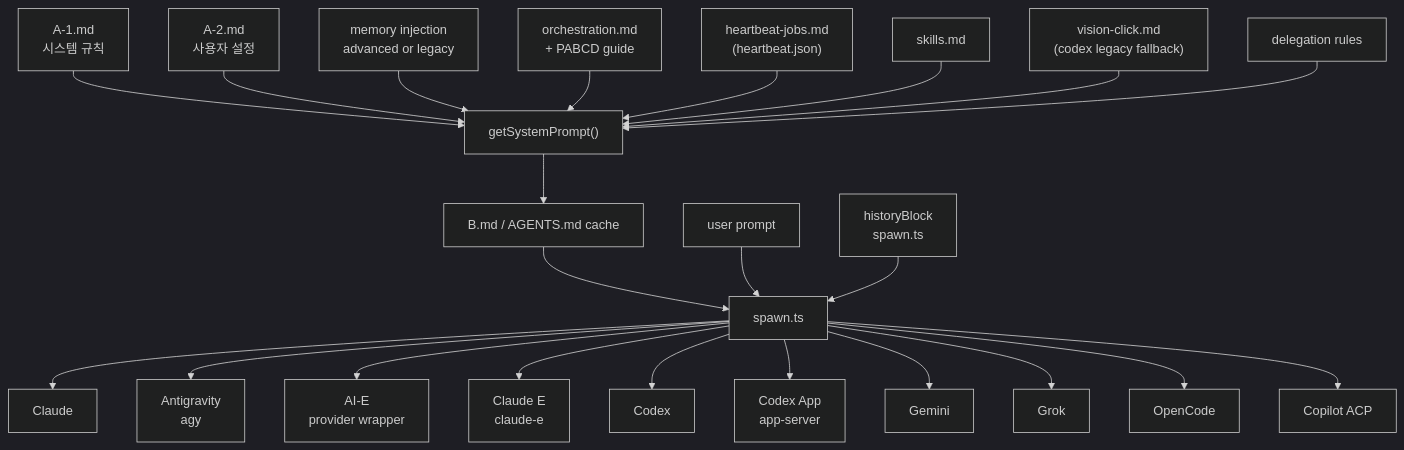
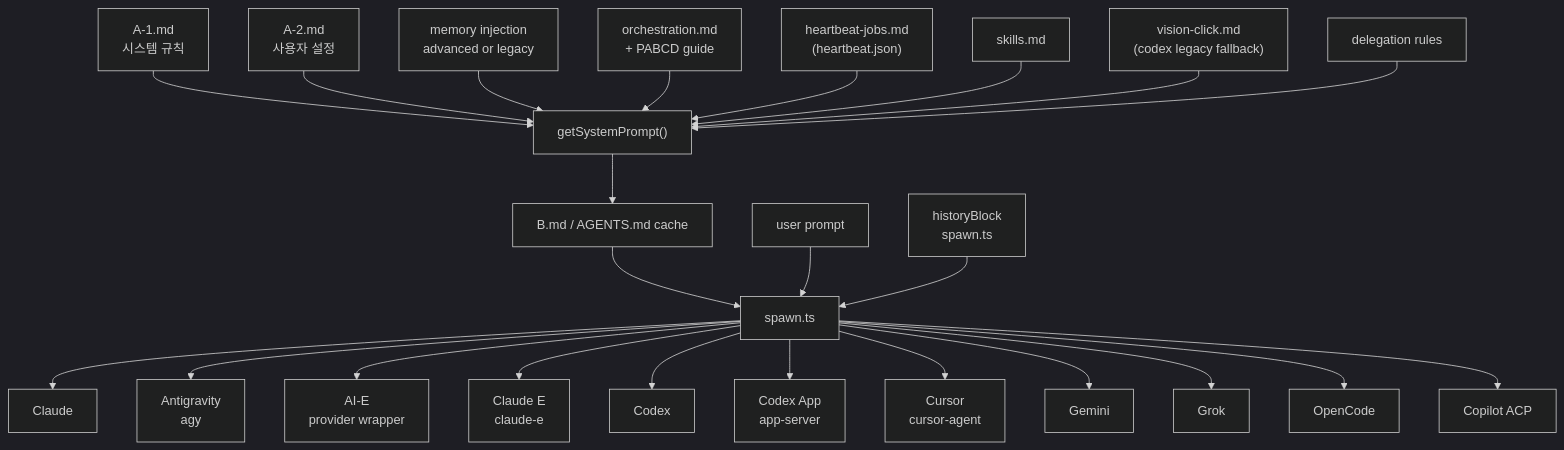
The diagram in structure/prompt_flow.md (HSKIMRobert/cli-jaw), drawn with Mermaid (dark theme) before and after one commit. The commit also changed other lines of this file and 22 other files, not shown here.

````diff
--- a/structure/prompt_flow.md
+++ b/structure/prompt_flow.md
@@ -17,25 +17,26 @@
 ```mermaid
 graph TD
     A1["A-1.md<br/>시스템 규칙"] --> SYS["getSystemPrompt()"]
     A2["A-2.md<br/>사용자 설정"] --> SYS
     MEM["memory injection<br/>advanced or legacy"] --> SYS
     ORC["orchestration.md<br/>+ PABCD guide"] --> SYS
     HB["heartbeat-jobs.md<br/>(heartbeat.json)"] --> SYS
     SK["skills.md"] --> SYS
     VC["vision-click.md<br/>(codex legacy fallback)"] --> SYS
     DEL["delegation rules"] --> SYS
     SYS --> B["B.md / AGENTS.md cache"]
     B --> SPAWN["spawn.ts"]
     USER["user prompt"] --> SPAWN
     HIST["historyBlock<br/>spawn.ts"] --> SPAWN
     SPAWN --> CLAUDE["Claude"]
     SPAWN --> AGY["Antigravity<br/>agy"]
     SPAWN --> AIE["AI-E<br/>provider wrapper"]
     SPAWN --> CLAUDEI["Claude E<br/>claude-e"]
     SPAWN --> CODEX["Codex"]
     SPAWN --> CODEXAPP["Codex App<br/>app-server"]
+    SPAWN --> CURSOR["Cursor<br/>cursor-agent"]
     SPAWN --> GEMINI["Gemini"]
     SPAWN --> GROK["Grok"]
     SPAWN --> OPENCODE["OpenCode"]
     SPAWN --> COPILOT["Copilot ACP"]
 ```
````
